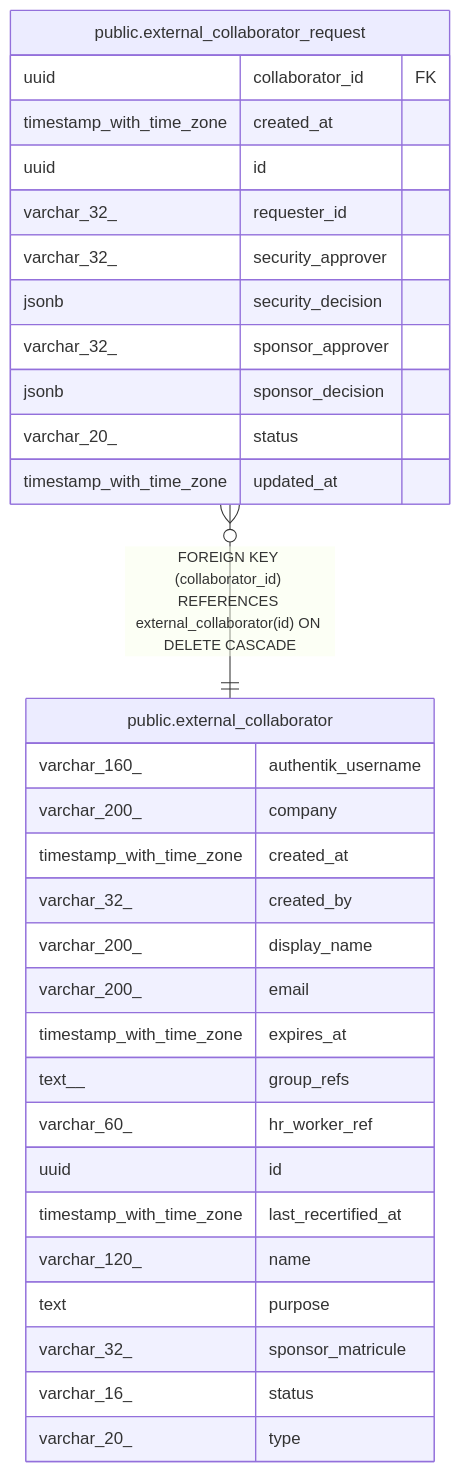
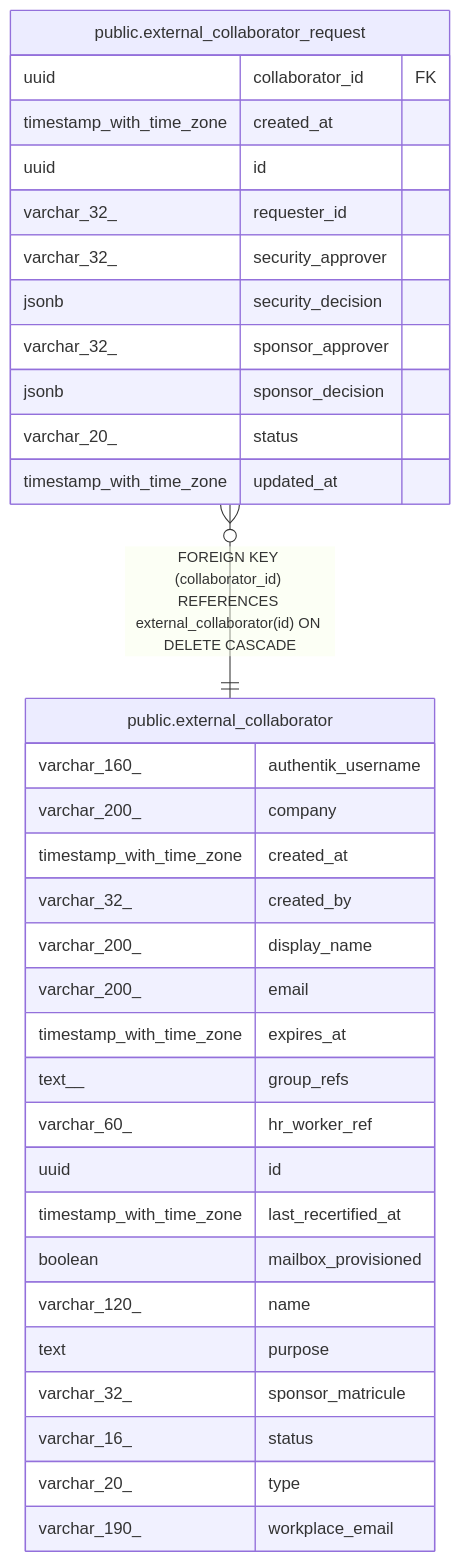
Before and after one commit to andrelair-platform/ktayl-iam: the diagram in backend/docs/data-model/public.external_collaborator_request.md, drawn with Mermaid. The commit also changed 20 other files, not shown here.

First line of the commit message:
feat(iga): ADR-015 — workplace birthright + company mailbox for external collaborators

````diff
--- a/backend/docs/data-model/public.external_collaborator_request.md
+++ b/backend/docs/data-model/public.external_collaborator_request.md
@@ -35,36 +35,38 @@
 ```mermaid
 erDiagram
 
 "public.external_collaborator_request" }o--|| "public.external_collaborator" : "FOREIGN KEY (collaborator_id) REFERENCES external_collaborator(id) ON DELETE CASCADE"
 
 "public.external_collaborator_request" {
   uuid collaborator_id FK
   timestamp_with_time_zone created_at
   uuid id
   varchar_32_ requester_id
   varchar_32_ security_approver
   jsonb security_decision
   varchar_32_ sponsor_approver
   jsonb sponsor_decision
   varchar_20_ status
   timestamp_with_time_zone updated_at
 }
 "public.external_collaborator" {
   varchar_160_ authentik_username
   varchar_200_ company
   timestamp_with_time_zone created_at
   varchar_32_ created_by
   varchar_200_ display_name
   varchar_200_ email
   timestamp_with_time_zone expires_at
   text__ group_refs
   varchar_60_ hr_worker_ref
   uuid id
   timestamp_with_time_zone last_recertified_at
+  boolean mailbox_provisioned
   varchar_120_ name
   text purpose
   varchar_32_ sponsor_matricule
   varchar_16_ status
   varchar_20_ type
+  varchar_190_ workplace_email
 }
 ```
````
